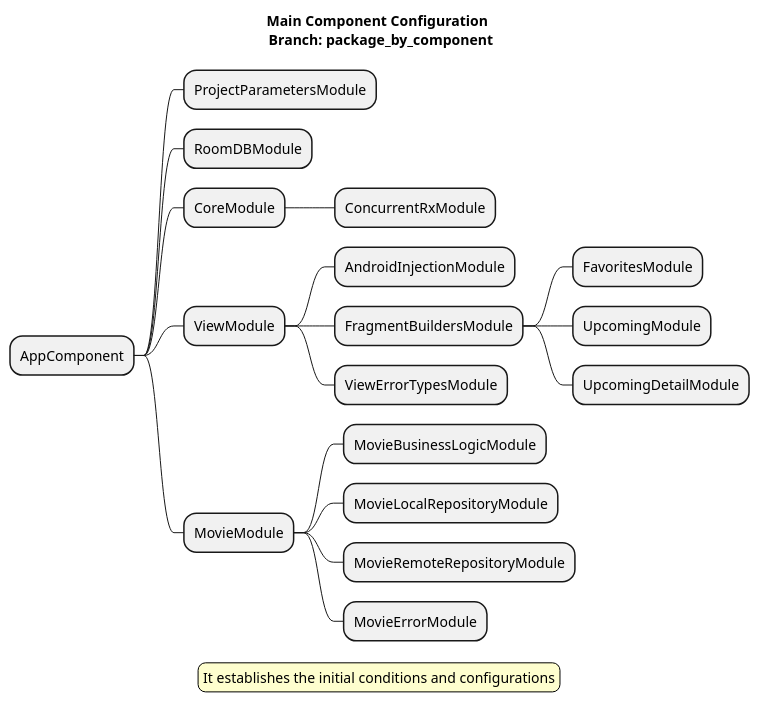
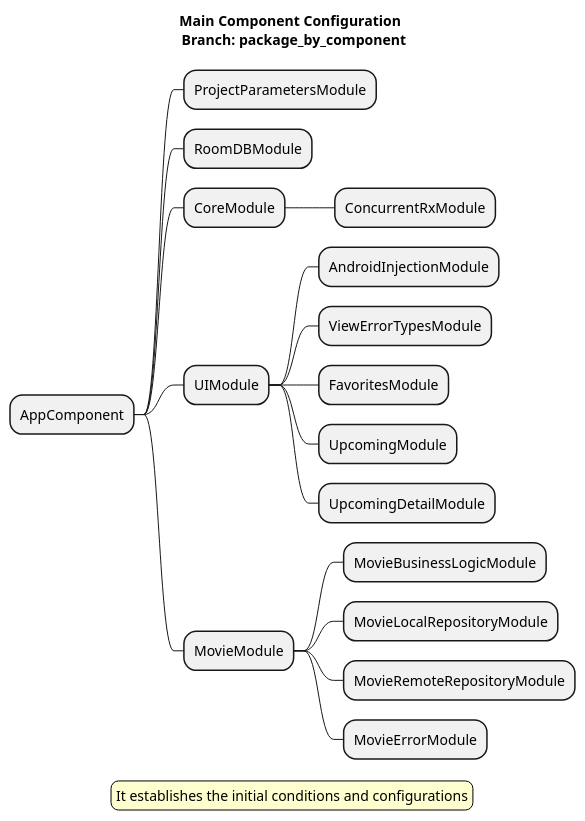
The diagram in architecture_resources/branches/byComponent/MainComponentConfiguration.puml (vanskarner/CleanMovie), drawn with PlantUML before and after one commit. The commit also changed 3 other files, not shown here.

Commit message:
updating diagrams byComponent

```diff
--- a/architecture_resources/branches/byComponent/MainComponentConfiguration.puml
+++ b/architecture_resources/branches/byComponent/MainComponentConfiguration.puml
@@ -1,27 +1,26 @@
 @startmindmap
 
 title Main Component Configuration \n Branch: package_by_component
 * AppComponent
 ** ProjectParametersModule
 ** RoomDBModule
 ** CoreModule
 *** ConcurrentRxModule
-** ViewModule
+** UIModule
 *** AndroidInjectionModule
-*** FragmentBuildersModule
-**** FavoritesModule
-**** UpcomingModule
-**** UpcomingDetailModule
 *** ViewErrorTypesModule
+*** FavoritesModule
+*** UpcomingModule
+*** UpcomingDetailModule
 ** MovieModule
 *** MovieBusinessLogicModule
 *** MovieLocalRepositoryModule
 *** MovieRemoteRepositoryModule
 *** MovieErrorModule
 
 legend
 It establishes the initial conditions and configurations
 end legend
 
 skinparam legendBackgroundColor #FEFECE
 @endmindmap
```
